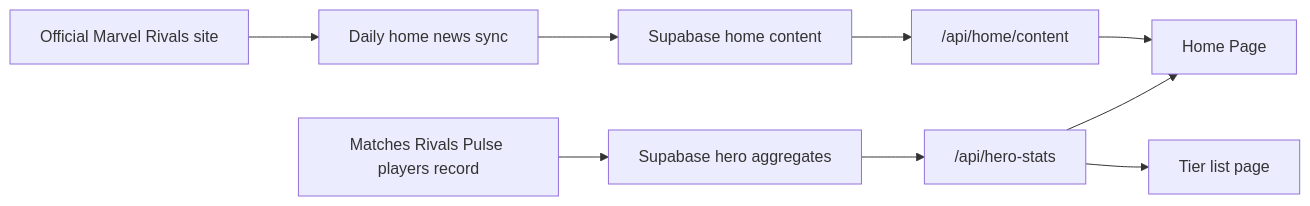
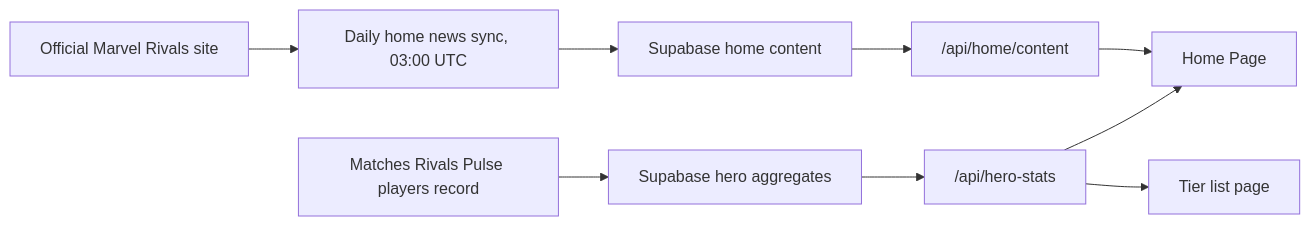
The eighth of 8 diagrams in docs/content-data-flow.md (anthonyturner/rivals-pulse-web), drawn with Mermaid before and after one commit. The commit also changed other lines of this file and 44 other files, not shown here.

````diff
--- a/docs/content-data-flow.md
+++ b/docs/content-data-flow.md
@@ -250,11 +256,11 @@
 ```mermaid
 flowchart LR
-  Official["Official Marvel Rivals site"] --> HomeSync["Daily home news sync"]
+  Official["Official Marvel Rivals site"] --> HomeSync["Daily home news sync, 03:00 UTC"]
   Matches["Matches Rivals Pulse players record"] --> Aggregates["Supabase hero aggregates"]
   HomeSync --> Supabase["Supabase home content"]
   Supabase --> HomeApi["/api/home/content"]
   Aggregates --> StatsApi["/api/hero-stats"]
   HomeApi --> HomePage["Home Page"]
   StatsApi --> HomePage
   StatsApi --> TierPage["Tier list page"]
 ```
````
